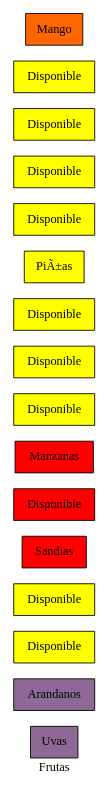
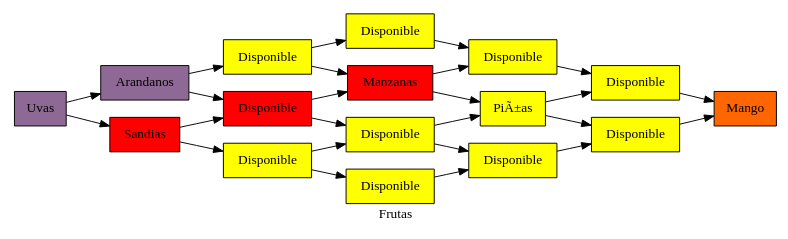
One commit to jona1403/Proyecto2-LFP changed the diagram in Matriz.gv. Above: the diagram before and after it, drawn with Graphviz. The commit also changed 14 other files, not shown here.

```diff
--- a/Matriz.gv
+++ b/Matriz.gv
@@ -1,36 +1,60 @@
 digraph Matriz {
 	rankdir=LR size=8
 	11 [label=Uvas
  fillcolor="#8e6995" shape=rect style=filled]
 	21 [label=Arandanos
  fillcolor="#8e6995" shape=rect style=filled]
 	31 [label=Disponible
  fillcolor="#ffff00" shape=rect style=filled]
 	41 [label=Disponible
  fillcolor="#ffff00" shape=rect style=filled]
+	11 -> 21
+	21 -> 31
+	31 -> 41
 	12 [label=Sandias
  fillcolor="#ff0000" shape=rect style=filled]
 	22 [label=Disponible
  fillcolor="#ff0000" shape=rect style=filled]
 	32 [label=Manzanas
  fillcolor="#ff0000" shape=rect style=filled]
 	42 [label=Disponible
  fillcolor="#ffff00" shape=rect style=filled]
+	12 -> 22
+	22 -> 32
+	32 -> 42
 	13 [label=Disponible
  fillcolor="#ffff00" shape=rect style=filled]
 	23 [label=Disponible
  fillcolor="#ffff00" shape=rect style=filled]
 	33 [label="PiÃ±as
 " fillcolor="#ffff00" shape=rect style=filled]
 	43 [label=Disponible
  fillcolor="#ffff00" shape=rect style=filled]
+	13 -> 23
+	23 -> 33
+	33 -> 43
 	14 [label=Disponible
  fillcolor="#ffff00" shape=rect style=filled]
 	24 [label=Disponible
  fillcolor="#ffff00" shape=rect style=filled]
 	34 [label=Disponible
  fillcolor="#ffff00" shape=rect style=filled]
 	44 [label=Mango
  fillcolor="#ff6600" shape=rect style=filled]
+	14 -> 24
+	24 -> 34
+	34 -> 44
+	11 -> 12
+	12 -> 13
+	13 -> 14
+	21 -> 22
+	22 -> 23
+	23 -> 24
+	31 -> 32
+	32 -> 33
+	33 -> 34
+	41 -> 42
+	42 -> 43
+	43 -> 44
 	label=Frutas
 }
```
